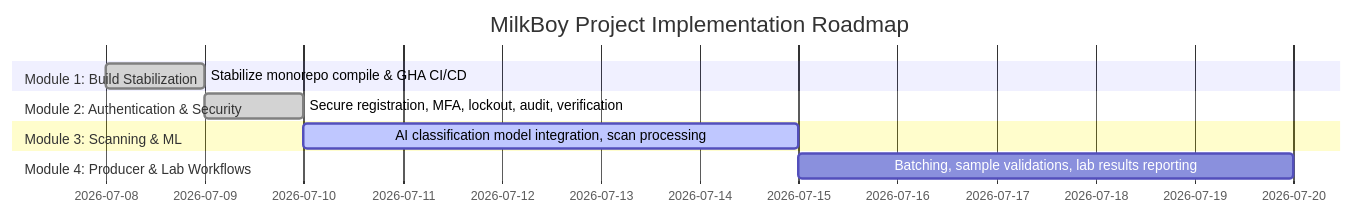
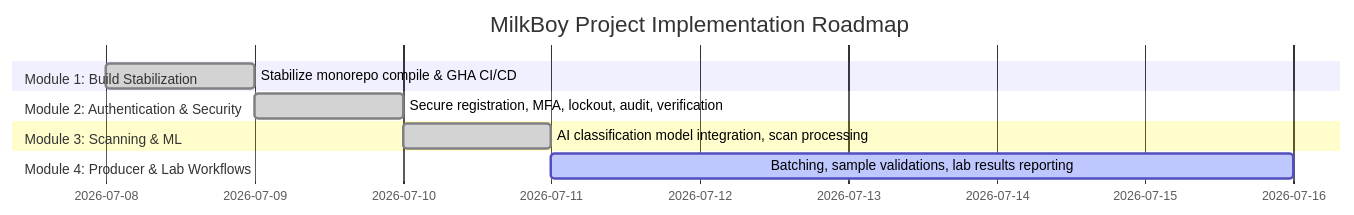
One commit to Thirumal143200/MILKY-BAR changed the diagram in PROJECT_STATUS.md. Above: the diagram before and after it, drawn with Mermaid. The commit also changed other lines of this file, not shown here.

````diff
--- a/PROJECT_STATUS.md
+++ b/PROJECT_STATUS.md
@@ -9,13 +9,13 @@
 ```mermaid
 gantt
     title MilkBoy Project Implementation Roadmap
     dateFormat  YYYY-MM-DD
     section Module 1: Build Stabilization
     Stabilize monorepo compile & GHA CI/CD   :done, 2026-07-08, 2026-07-09
     section Module 2: Authentication & Security
     Secure registration, MFA, lockout, audit, verification :done, 2026-07-09, 2026-07-10
     section Module 3: Scanning & ML
-    AI classification model integration, scan processing :active, 2026-07-10, 2026-07-15
+    AI classification model integration, scan processing :done, 2026-07-10, 2026-07-11
     section Module 4: Producer & Lab Workflows
-    Batching, sample validations, lab results reporting   : 2026-07-15, 2026-07-20
+    Batching, sample validations, lab results reporting   :active, 2026-07-11, 2026-07-16
 ```
````
